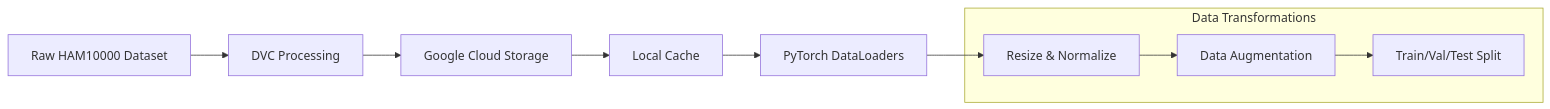
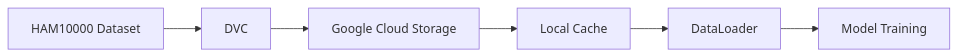
Before and after one commit to Aryan-Mi/dtu-vibe-ops-02476: the first of 4 diagrams in docs/source/architecture.md, drawn with Mermaid. The commit also changed other lines of this file and 22 other files, not shown here.

````diff
--- a/docs/source/architecture.md
+++ b/docs/source/architecture.md
@@ -52,17 +24,8 @@
 ```mermaid
 graph LR
-    A[Raw HAM10000 Dataset] --> B[DVC Processing]
+    A[HAM10000 Dataset] --> B[DVC]
     B --> C[Google Cloud Storage]
     C --> D[Local Cache]
-    D --> E[PyTorch DataLoaders]
-    
-    subgraph "Data Transformations"
-        F[Resize & Normalize]
-        G[Data Augmentation]
-        H[Train/Val/Test Split]
-    end
-    
-    E --> F
-    F --> G
-    G --> H
+    D --> E[DataLoader]
+    E --> F[Model Training]
 ```
````
